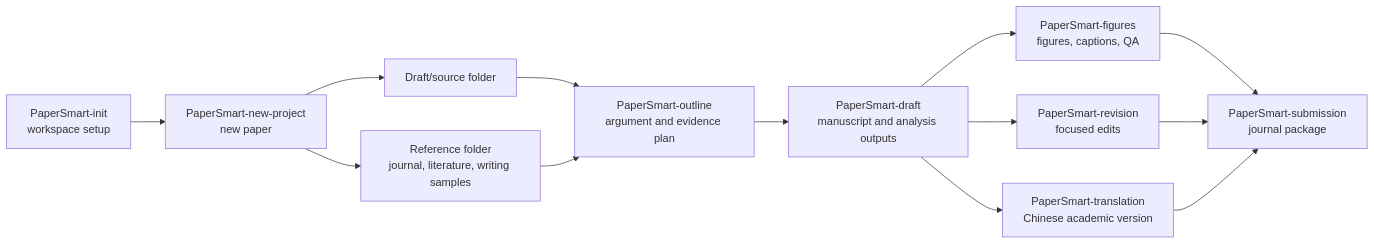
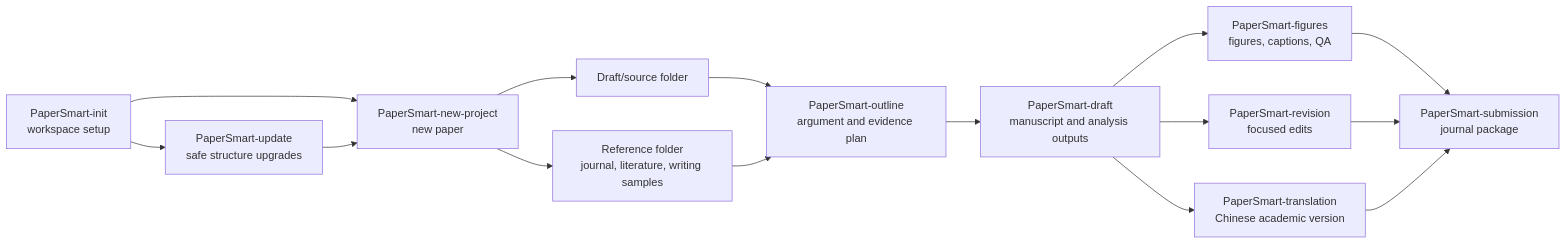
One commit to windmewest/papersmart changed the diagram in README.en.md. Above: the diagram before and after it, drawn with Mermaid. The commit also changed other lines of this file and 5 other files, not shown here.

Commit message:
Add safe PaperSmart workspace updater

````diff
--- a/README.en.md
+++ b/README.en.md
@@ -135,15 +150,17 @@
 ```mermaid
 flowchart LR
-  A["PaperSmart-init<br/>workspace setup"] --> B["PaperSmart-new-project<br/>new paper"]
+  A["PaperSmart-init<br/>workspace setup"] --> U["PaperSmart-update<br/>safe structure upgrades"]
+  A --> B["PaperSmart-new-project<br/>new paper"]
+  U --> B
   B --> C["Draft/source folder"]
   B --> D["Reference folder<br/>journal, literature, writing samples"]
   C --> E["PaperSmart-outline<br/>argument and evidence plan"]
   D --> E
   E --> F["PaperSmart-draft<br/>manuscript and analysis outputs"]
   F --> G["PaperSmart-figures<br/>figures, captions, QA"]
   F --> H["PaperSmart-revision<br/>focused edits"]
   F --> I["PaperSmart-translation<br/>Chinese academic version"]
   G --> J["PaperSmart-submission<br/>journal package"]
   H --> J
   I --> J
 ```
````
